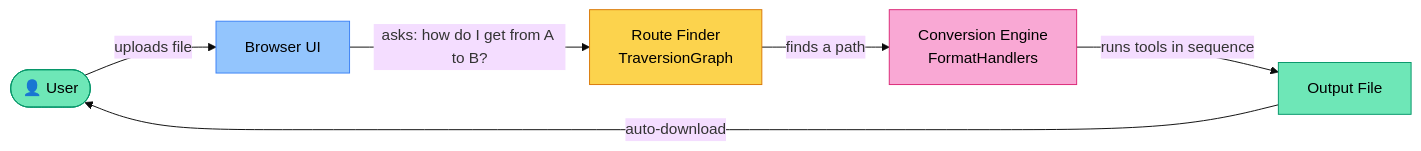
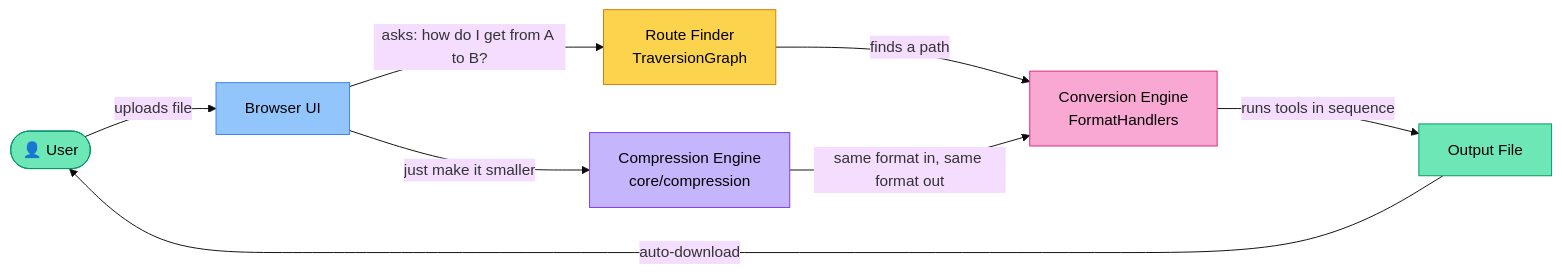
The first of 9 diagrams in docs/ARCHITECTURE.md (ogfrench/frogConvert), drawn with Mermaid (base theme) before and after one commit. The commit also changed other lines of this file and 9 other files, not shown here.

````diff
--- a/docs/ARCHITECTURE.md
+++ b/docs/ARCHITECTURE.md
@@ -13,14 +13,18 @@
 ```mermaid
 flowchart LR
     U([👤 User]) -->|uploads file| B[Browser UI]
     B -->|asks: how do I get from A to B?| G[Route Finder\nTraversionGraph]
     G -->|finds a path| C[Conversion Engine\nFormatHandlers]
     C -->|runs tools in sequence| O[Output File]
     O -->|auto-download| U
 
+    B -->|just make it smaller| K[Compression Engine\ncore/compression]
+    K -->|same format in, same format out| C
+
     style U fill:#6ee7b7,stroke:#059669,color:#000
     style O fill:#6ee7b7,stroke:#059669,color:#000
     style B fill:#93c5fd,stroke:#3b82f6,color:#000
     style G fill:#fcd34d,stroke:#d97706,color:#000
     style C fill:#f9a8d4,stroke:#db2777,color:#000
+    style K fill:#c4b5fd,stroke:#7c3aed,color:#000
 ```
````
